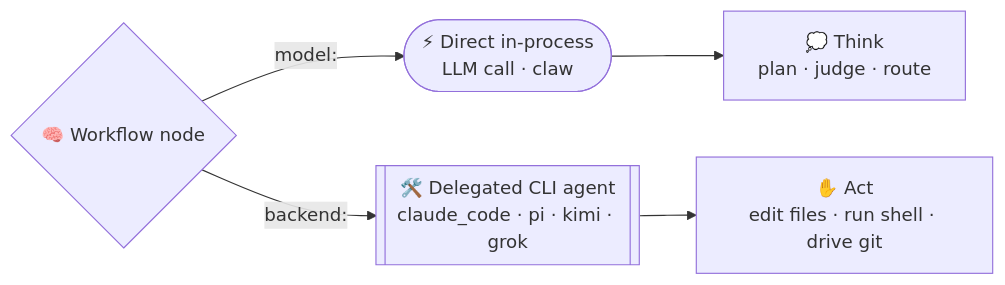
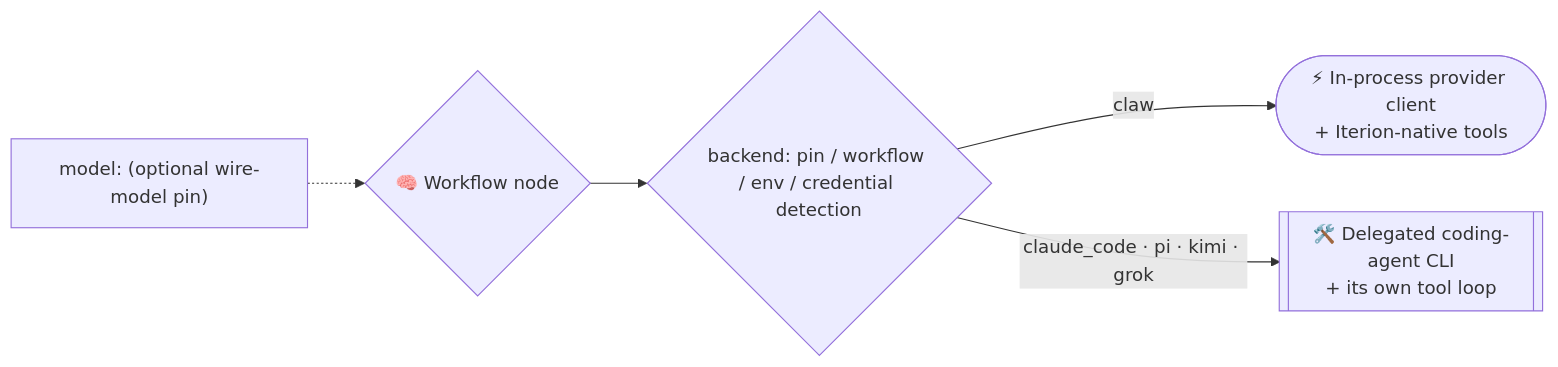
One commit to SocialGouv/iterion changed the diagram in docs/backends.md. Above: the diagram before and after it, drawn with Mermaid. The commit also changed other lines of this file, not shown here.

Commit message:
docs(backends): correct model and executor relationship
Replace the obsolete thinker-versus-doer split with the runtime’s independent model pin and backend resolution chain, including native claw tools and delegated CLI tool loops.

Bot: docs-refresh

````diff
--- a/docs/backends.md
+++ b/docs/backends.md
@@ -13,7 +15,7 @@
 ```mermaid
 flowchart LR
-  NODE{"🧠 Workflow node"} -->|"model:"| DIRECT(["⚡ Direct in-process<br/>LLM call · claw"])
-  NODE -->|"backend:"| CLI[["🛠️ Delegated CLI agent<br/>claude_code · pi · kimi · grok"]]
-  DIRECT --> THINK["💭 Think<br/>plan · judge · route"]
-  CLI --> ACT["✋ Act<br/>edit files · run shell · drive git"]
+  MODEL["model: (optional wire-model pin)"] -.-> NODE{"🧠 Workflow node"}
+  NODE --> RESOLVE{"backend: pin / workflow / env / credential detection"}
+  RESOLVE -->|"claw"| DIRECT(["⚡ In-process provider client<br/>+ Iterion-native tools"])
+  RESOLVE -->|"claude_code · pi · kimi · grok"| CLI[["🛠️ Delegated coding-agent CLI<br/>+ its own tool loop"]]
 ```
````
